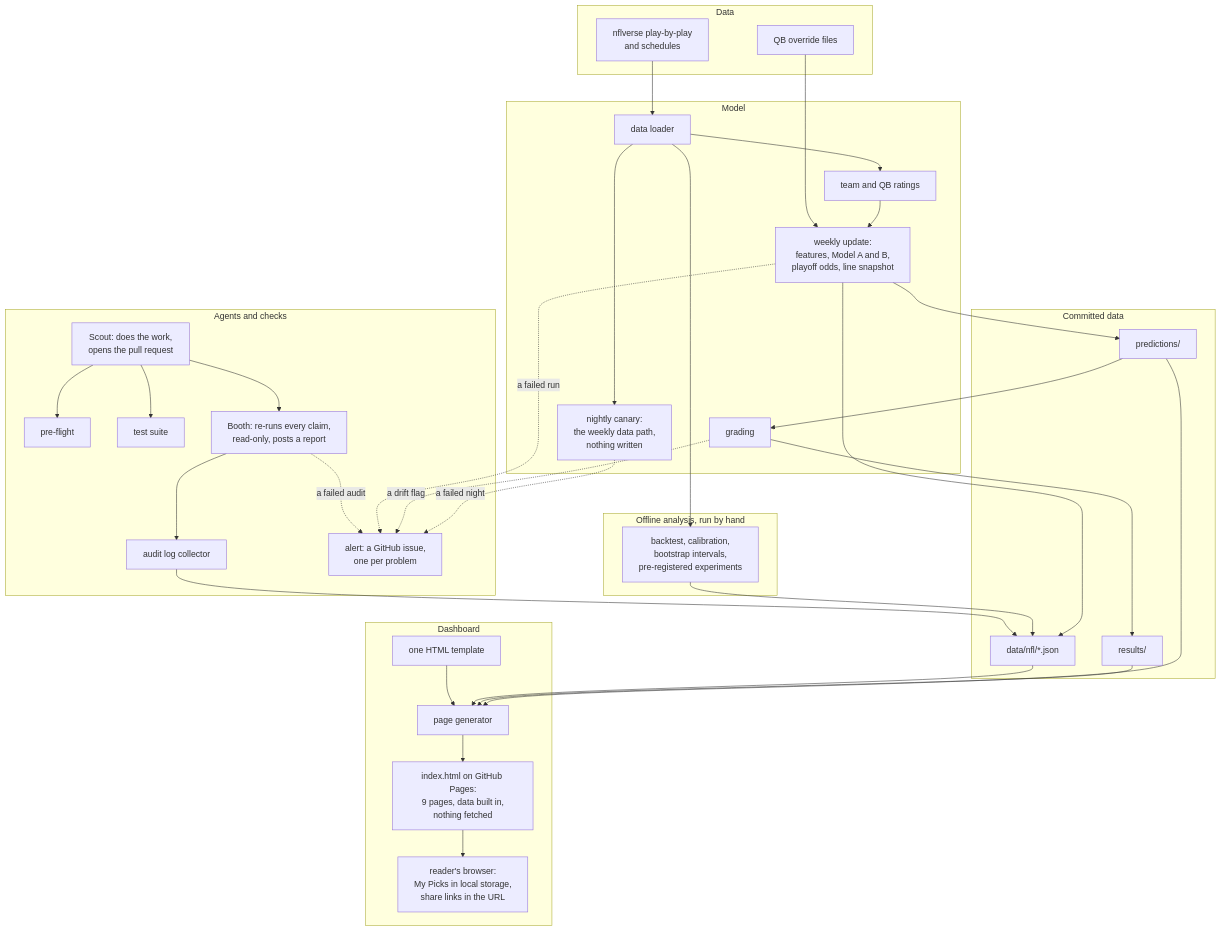
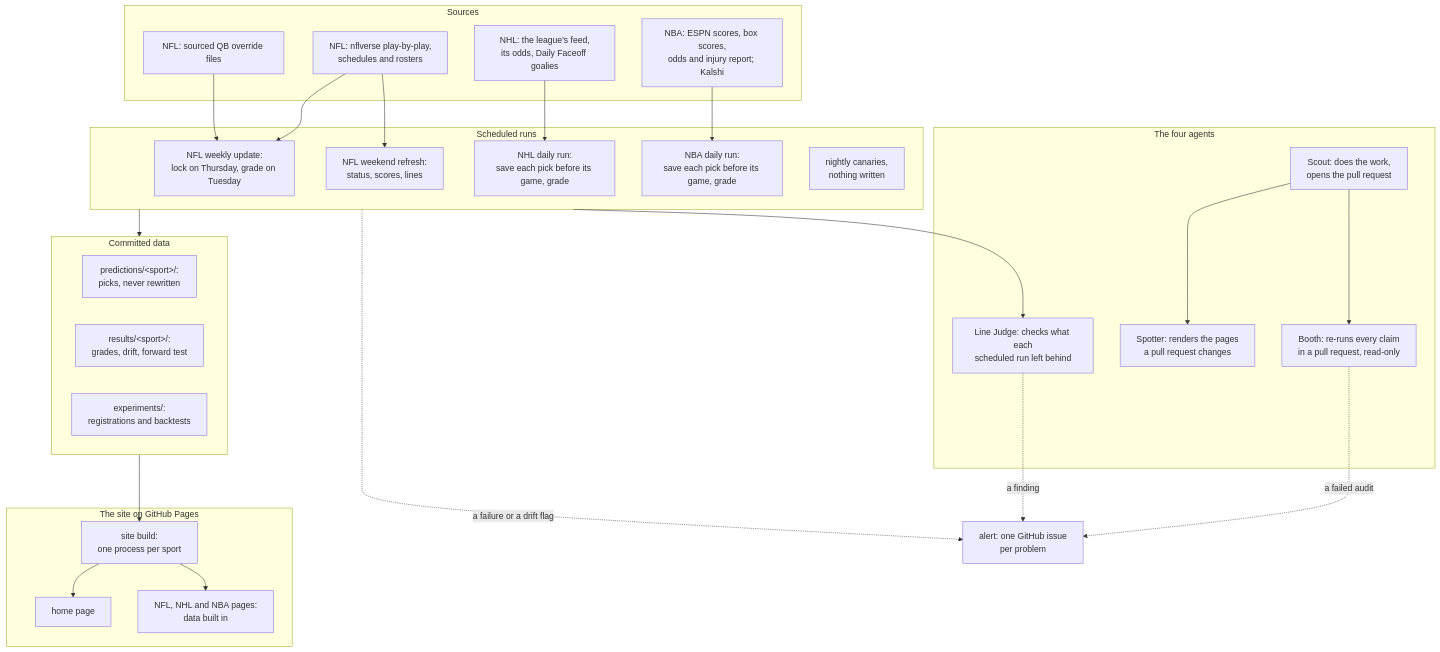
One commit to lifeisgreat07/NFL-Model-2 changed the diagram in docs/architecture.md. Above: the diagram before and after it, drawn with Mermaid. The commit also changed other lines of this file and 2 other files, not shown here.

Commit message:
Stage 89 item 4: the architecture diagram shows three sports and four agents
docs/architecture.md's diagram was drawn for the NFL alone, with Scout and
Booth. It now shows each sport's sources and scheduled run (the NFL's weekly
update and weekend refresh, the NHL's and NBA's daily runs), the committed
data, the four agents (Scout, Booth, Spotter, Line Judge), the site build
with the home page and the three sport pages, and the alert. The QB
overrides row said none had been filed; it now names the folder, the
routine's Wednesday pull request and the rule that only a file merged before
Thursday's lock is used. "The dashboard is one static file" now says the
sport pages fetch the day's live scores and nothing else.

tests/test_architecture_diagram.py; tests/mutation/cases/architecture_diagram.json.

Claude-Session: https://claude.ai/code/session_01LLm3axxBkGRhUqGg9S53Pt

````diff
--- a/docs/architecture.md
+++ b/docs/architecture.md
@@ -7,63 +7,55 @@
 ```mermaid
 flowchart TB
-  subgraph DATA["Data"]
-    NFL["nflverse play-by-play<br/>and schedules"]
-    OVR["QB override files"]
+  subgraph SOURCES["Sources"]
+    NFLV["NFL: nflverse play-by-play,<br/>schedules and rosters"]
+    OVR["NFL: sourced QB override files"]
+    NHLS["NHL: the league's feed,<br/>its odds, Daily Faceoff goalies"]
+    NBAS["NBA: ESPN scores, box scores,<br/>odds and injury report; Kalshi"]
   end
 
-  subgraph MODEL["Model"]
-    LOAD["data loader"]
-    RATE["team and QB ratings"]
-    WEEK["weekly update:<br/>features, Model A and B,<br/>playoff odds, line snapshot"]
-    GRADE["grading"]
-    CANARY["nightly canary:<br/>the weekly data path,<br/>nothing written"]
+  subgraph RUNS["Scheduled runs"]
+    WEEK["NFL weekly update:<br/>lock on Thursday, grade on Tuesday"]
+    WKND["NFL weekend refresh:<br/>status, scores, lines"]
+    NHLD["NHL daily run:<br/>save each pick before its game, grade"]
+    NBAD["NBA daily run:<br/>save each pick before its game, grade"]
+    CAN["nightly canaries,<br/>nothing written"]
   end
 
   subgraph STORE["Committed data"]
-    PRED["predictions/"]
-    RES["results/"]
-    DJ["data/nfl/*.json"]
+    PRED["predictions/&lt;sport&gt;/:<br/>picks, never rewritten"]
+    RES["results/&lt;sport&gt;/:<br/>grades, drift, forward test"]
+    EXP["experiments/:<br/>registrations and backtests"]
   end
 
-  subgraph ANALYSIS["Offline analysis, run by hand"]
-    BT["backtest, calibration,<br/>bootstrap intervals,<br/>pre-registered experiments"]
+  subgraph AGENTS["The four agents"]
+    SCOUT["Scout: does the work,<br/>opens the pull request"]
+    BOOTH["Booth: re-runs every claim<br/>in a pull request, read-only"]
+    SPOT["Spotter: renders the pages<br/>a pull request changes"]
+    LJ["Line Judge: checks what each<br/>scheduled run left behind"]
   end
 
-  subgraph AGENTS["Agents and checks"]
-    SCOUT["Scout: does the work,<br/>opens the pull request"]
-    PRE["pre-flight"]
-    TESTS["test suite"]
-    BOOTH["Booth: re-runs every claim,<br/>read-only, posts a report"]
-    LOG["audit log collector"]
-    ALERT["alert: a GitHub issue,<br/>one per problem"]
+  subgraph SITE["The site on GitHub Pages"]
+    BUILD["site build:<br/>one process per sport"]
+    HOME["home page"]
+    PAGES["NFL, NHL and NBA pages:<br/>data built in"]
   end
 
-  subgraph UI["Dashboard"]
-    GEN["page generator"]
-    TPL["one HTML template"]
-    PAGE["index.html on GitHub Pages:<br/>9 pages, data built in,<br/>nothing fetched"]
-    BROWSER["reader's browser:<br/>My Picks in local storage,<br/>share links in the URL"]
-  end
+  ALERT["alert: one GitHub issue<br/>per problem"]
 
-  NFL --> LOAD --> RATE --> WEEK
+  NFLV --> WEEK
   OVR --> WEEK
-  LOAD --> CANARY
-  CANARY -. a failed night .-> ALERT
-  GRADE -. a drift flag .-> ALERT
-  WEEK -. a failed run .-> ALERT
-  WEEK --> PRED
-  WEEK --> DJ
-  PRED --> GRADE --> RES
-  LOAD --> BT --> DJ
+  NFLV --> WKND
+  NHLS --> NHLD
+  NBAS --> NBAD
+  RUNS --> STORE
+  RUNS --> LJ
+  SCOUT --> BOOTH
+  SCOUT --> SPOT
+  STORE --> BUILD
+  BUILD --> HOME
+  BUILD --> PAGES
 
-  SCOUT --> PRE
-  SCOUT --> TESTS
-  SCOUT --> BOOTH
-  BOOTH --> LOG --> DJ
+  RUNS -. a failure or a drift flag .-> ALERT
   BOOTH -. a failed audit .-> ALERT
-
-  PRED --> GEN
-  RES --> GEN
-  DJ --> GEN
-  TPL --> GEN --> PAGE --> BROWSER
+  LJ -. a finding .-> ALERT
 ```
````
